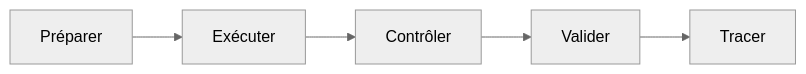
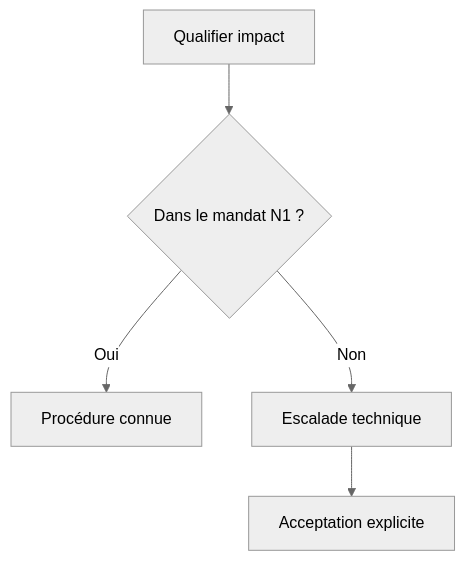
The second of 6 diagrams in content/lessons/maint-escalade-intermediaire.md (biggyseven/Skill-Tree), drawn with Mermaid (neutral theme) before and after one commit. The commit also changed other lines of this file, not shown here.

Commit message:
Adapter les schémas au sujet de maint-escalade-intermediaire

````diff
--- a/content/lessons/maint-escalade-intermediaire.md
+++ b/content/lessons/maint-escalade-intermediaire.md
@@ -56,4 +59,7 @@
 ```mermaid
-flowchart LR
-  A[Préparer] --> B[Exécuter] --> C[Contrôler] --> D[Valider] --> E[Tracer]
+flowchart TD
+  A[Qualifier impact] --> B{Dans le mandat N1 ?}
+  B -->|Oui| C[Procédure connue]
+  B -->|Non| D[Escalade technique]
+  D --> E[Acceptation explicite]
 ```
````
